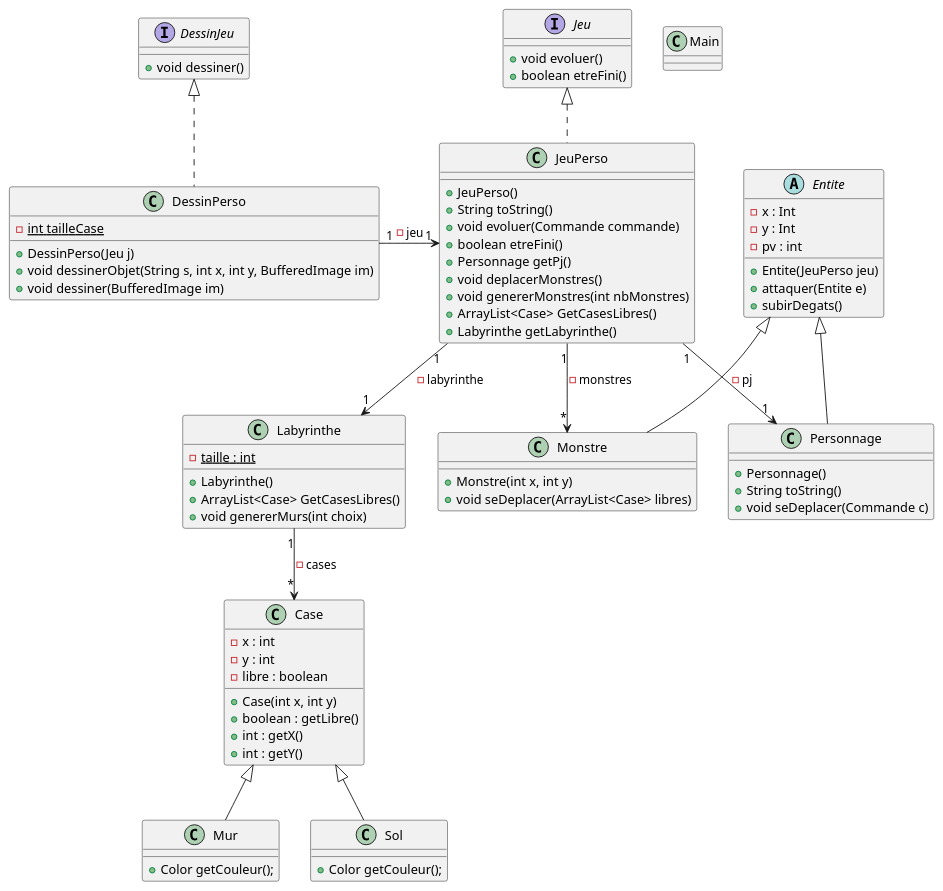
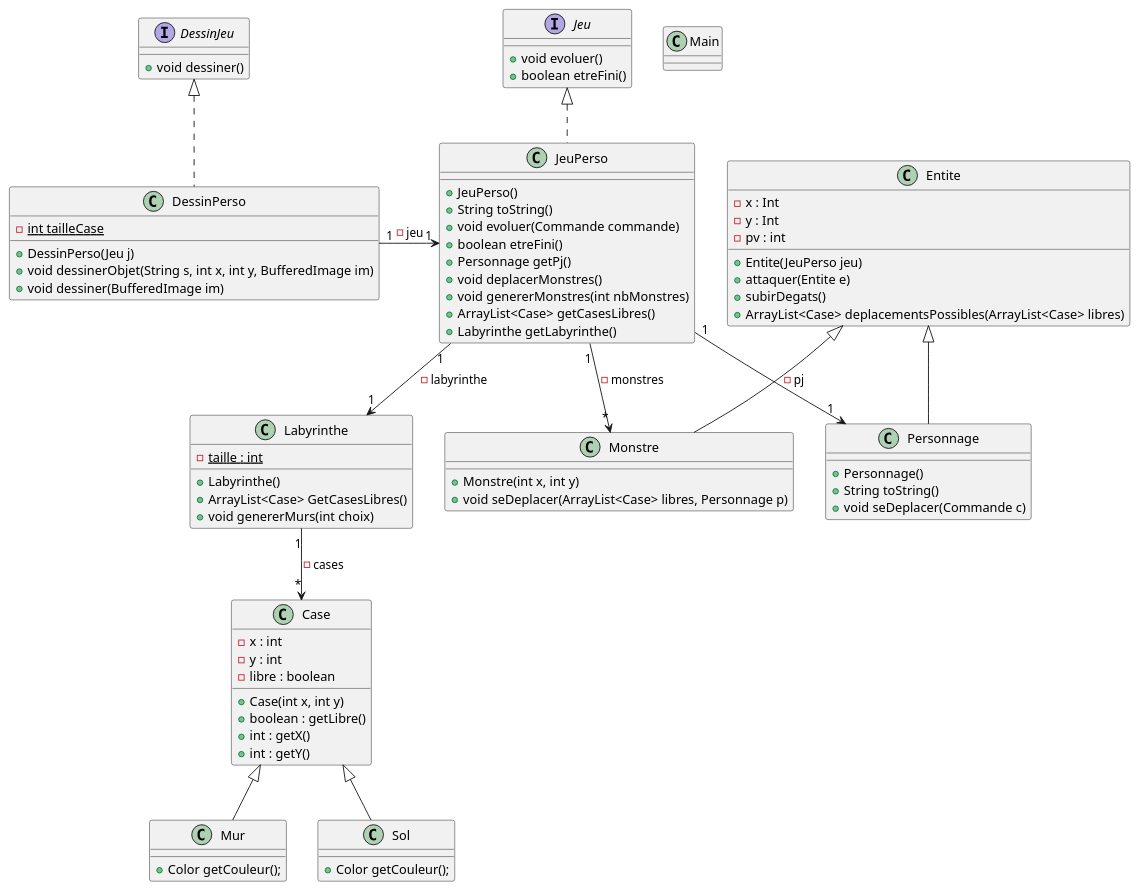
One commit to MichelGrolet/2d-game changed the diagram in documents/version4/diagramme.puml. Above: the diagram before and after it, drawn with PlantUML.

Commit message:
diagramme corrections

```diff
--- a/documents/version4/diagramme.puml
+++ b/documents/version4/diagramme.puml
@@ -1,83 +1,84 @@
 @startuml
 
 class Main {}
 
 class Labyrinthe {
     - {static} taille : int
     + Labyrinthe()
     + ArrayList<Case> GetCasesLibres()
     + void genererMurs(int choix)
 }
 Labyrinthe "1" --> "*" Case : - cases
 
 class Case {
     - x : int
     - y : int
     - libre : boolean
     + Case(int x, int y)
     + boolean : getLibre()
     + int : getX()
     + int : getY()
 }
 
 class Mur extends Case {
     + Color getCouleur();
 }
 
 class Sol extends Case {
     + Color getCouleur();
 }
 
-abstract class Entite {
+class Entite {
     - x : Int
     - y : Int
     - pv : int
     + Entite(JeuPerso jeu)
     + attaquer(Entite e)
     + subirDegats()
+    + ArrayList<Case> deplacementsPossibles(ArrayList<Case> libres)
 }
 
 class Personnage extends Entite {
     + Personnage()
     + String toString()
     + void seDeplacer(Commande c)
 }
 
 class Monstre extends Entite {
     + Monstre(int x, int y)
-    + void seDeplacer(ArrayList<Case> libres)
+    + void seDeplacer(ArrayList<Case> libres, Personnage p)
 }
 
 interface Jeu {
     + void evoluer()
     + boolean etreFini()
 }
 
 interface DessinJeu {
     + void dessiner()
 }
 
 class JeuPerso implements Jeu {
     + JeuPerso()
     + String toString()
     + void evoluer(Commande commande)
     + boolean etreFini()
     + Personnage getPj()
     + void deplacerMonstres()
     + void genererMonstres(int nbMonstres)
-    + ArrayList<Case> GetCasesLibres()
+    + ArrayList<Case> getCasesLibres()
     + Labyrinthe getLabyrinthe()
 }
 JeuPerso "1" --> "1" Labyrinthe : - labyrinthe
 JeuPerso "1" --> "1" Personnage : - pj
 JeuPerso "1" --> "*" Monstre : - monstres
 
 class DessinPerso implements DessinJeu {
     - {static} int tailleCase
     + DessinPerso(Jeu j)
     + void dessinerObjet(String s, int x, int y, BufferedImage im)
     + void dessiner(BufferedImage im)
 }
 DessinPerso "1" -> "1" JeuPerso : - jeu
 
 @enduml
```
